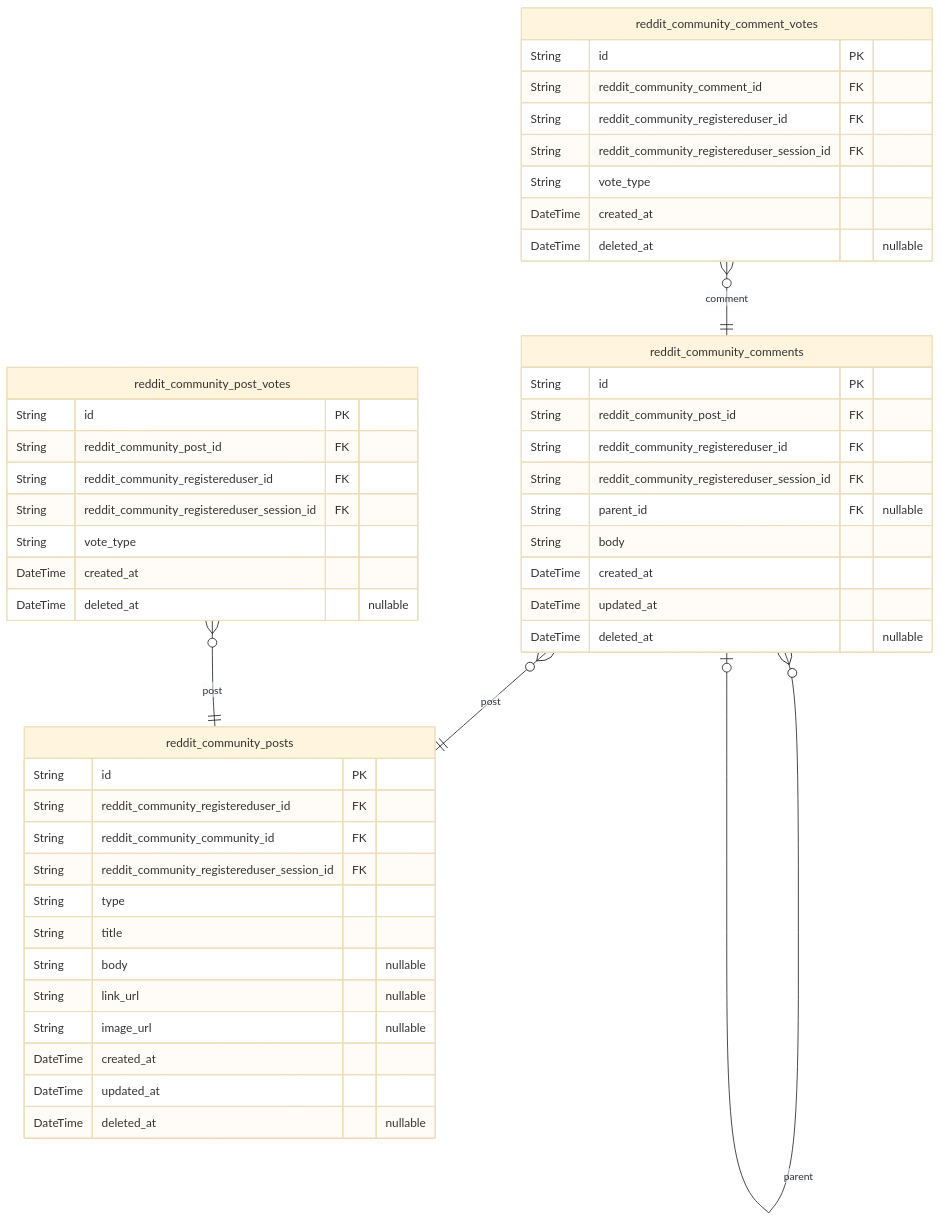
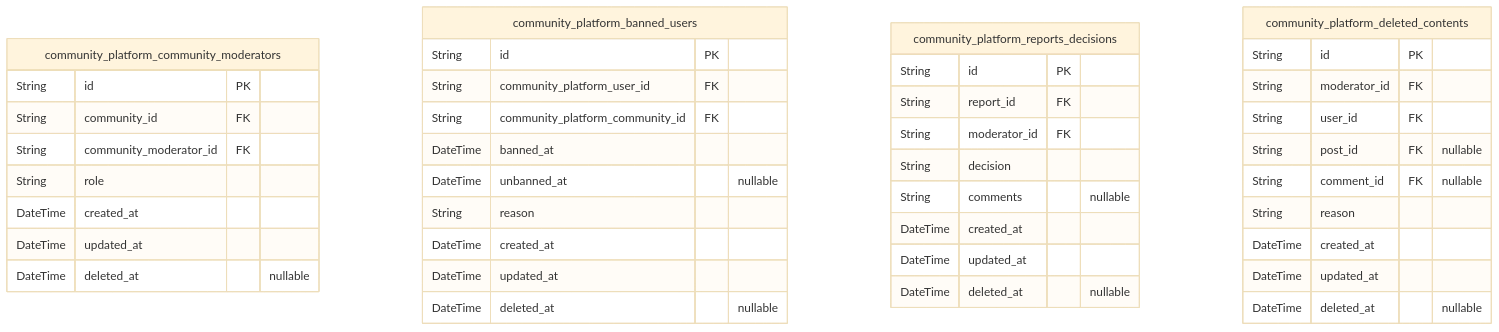
The sixth of 7 diagrams in openai/gpt-4.1-mini/reddit/docs/ERD.md (wrtnlabs/autobe-examples), drawn with Mermaid (base theme) before and after one commit. The commit also changed other lines of this file and 23872 other files, not shown here.

````diff
--- a/openai/gpt-4.1-mini/reddit/docs/ERD.md
+++ b/openai/gpt-4.1-mini/reddit/docs/ERD.md
@@ -353,50 +1180,44 @@
 ```mermaid
 erDiagram
-"reddit_community_posts" {
+"community_platform_community_moderators" {
   String id PK
-  String reddit_community_registereduser_id FK
-  String reddit_community_community_id FK
-  String reddit_community_registereduser_session_id FK
-  String type
-  String title
-  String body "nullable"
-  String link_url "nullable"
-  String image_url "nullable"
+  String community_id FK
+  String community_moderator_id FK
+  String role
   DateTime created_at
   DateTime updated_at
   DateTime deleted_at "nullable"
 }
-"reddit_community_comments" {
+"community_platform_banned_users" {
   String id PK
-  String reddit_community_post_id FK
-  String reddit_community_registereduser_id FK
-  String reddit_community_registereduser_session_id FK
-  String parent_id FK "nullable"
-  String body
+  String community_platform_user_id FK
+  String community_platform_community_id FK
+  DateTime banned_at
+  DateTime unbanned_at "nullable"
+  String reason
   DateTime created_at
   DateTime updated_at
   DateTime deleted_at "nullable"
 }
-"reddit_community_post_votes" {
+"community_platform_reports_decisions" {
   String id PK
-  String reddit_community_post_id FK
-  String reddit_community_registereduser_id FK
-  String reddit_community_registereduser_session_id FK
-  String vote_type
+  String report_id FK
+  String moderator_id FK
+  String decision
+  String comments "nullable"
   DateTime created_at
+  DateTime updated_at
   DateTime deleted_at "nullable"
 }
-"reddit_community_comment_votes" {
+"community_platform_deleted_contents" {
   String id PK
-  String reddit_community_comment_id FK
-  String reddit_community_registereduser_id FK
-  String reddit_community_registereduser_session_id FK
-  String vote_type
+  String moderator_id FK
+  String user_id FK
+  String post_id FK "nullable"
+  String comment_id FK "nullable"
+  String reason
   DateTime created_at
+  DateTime updated_at
   DateTime deleted_at "nullable"
 }
-"reddit_community_comments" }o--|| "reddit_community_posts" : post
-"reddit_community_comments" }o--o| "reddit_community_comments" : parent
-"reddit_community_post_votes" }o--|| "reddit_community_posts" : post
-"reddit_community_comment_votes" }o--|| "reddit_community_comments" : comment
 ```
````
